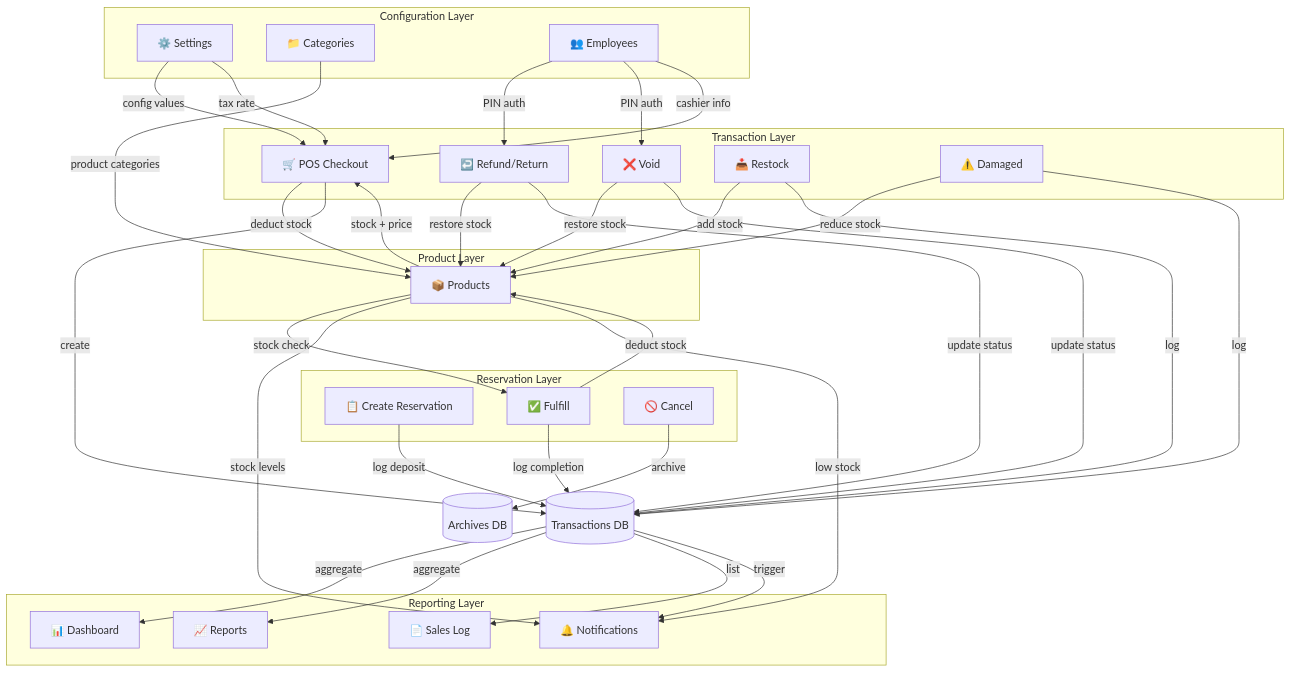
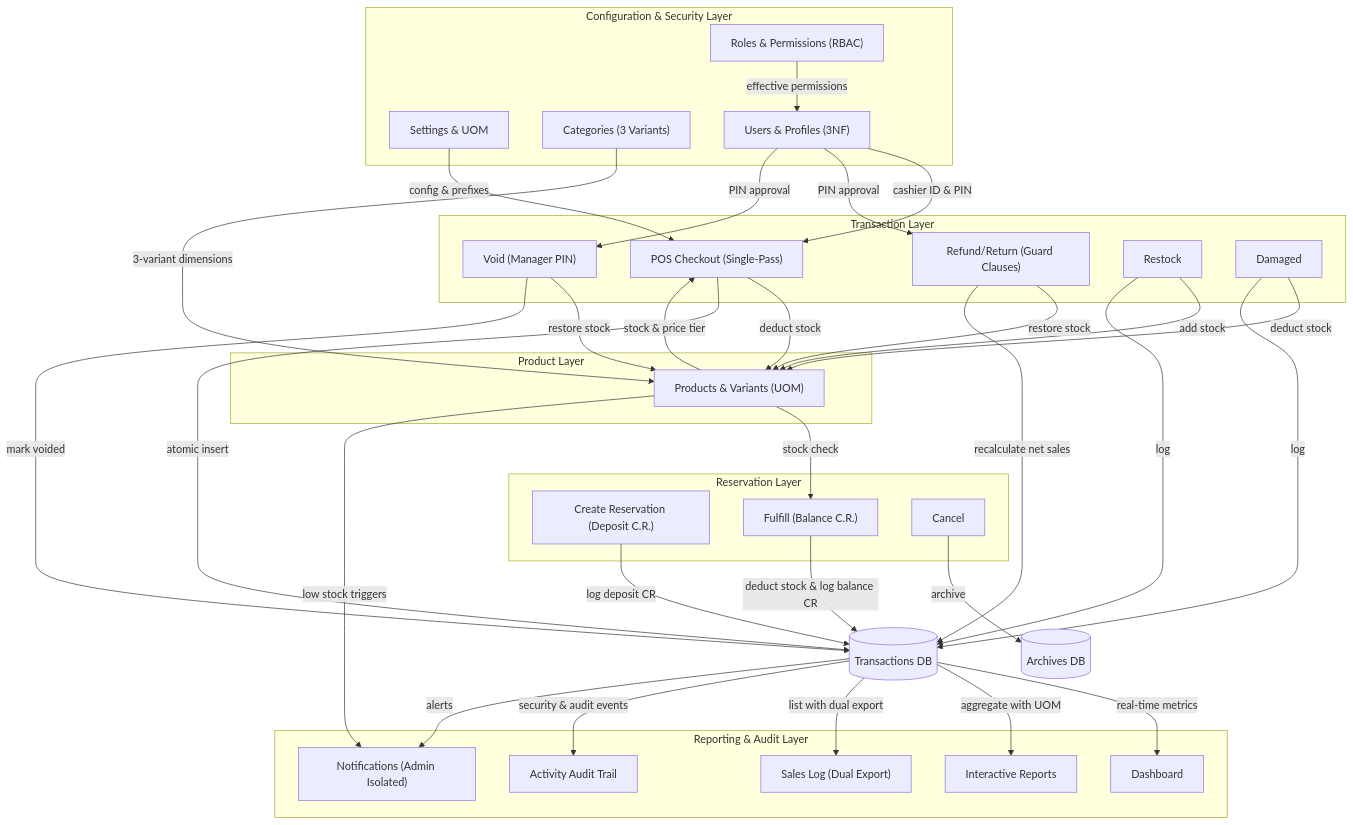
Before and after one commit to martinitokristan-dev/ZTG-POS-With-Smart-Inventory: the tenth of 13 diagrams in docs/SystemLogicFlows.md, drawn with Mermaid. The commit also changed other lines of this file and 7 other files, not shown here.

````diff
--- a/docs/SystemLogicFlows.md
+++ b/docs/SystemLogicFlows.md
@@ -1563,66 +1572,67 @@
 ```mermaid
 flowchart TB
-    subgraph "Configuration Layer"
-        SETTINGS["⚙️ Settings"]
-        CATEGORIES["📁 Categories"]
-        EMPLOYEES["👥 Employees"]
+    subgraph "Configuration & Security Layer"
+        SETTINGS["Settings & UOM"]
+        CATEGORIES["Categories (3 Variants)"]
+        ROLES_SEC["Roles & Permissions (RBAC)"]
+        EMPLOYEES["Users & Profiles (3NF)"]
     end
 
     subgraph "Product Layer"
-        PRODUCTS["📦 Products"]
+        PRODUCTS["Products & Variants (UOM)"]
     end
 
     subgraph "Transaction Layer"
-        POS["🛒 POS Checkout"]
-        REFUND["↩️ Refund/Return"]
-        VOID_OP["❌ Void"]
-        RESTOCK["📥 Restock"]
-        DAMAGED["⚠️ Damaged"]
+        POS["POS Checkout (Single-Pass)"]
+        REFUND["Refund/Return (Guard Clauses)"]
+        VOID_OP["Void (Manager PIN)"]
+        RESTOCK["Restock"]
+        DAMAGED["Damaged"]
     end
 
     subgraph "Reservation Layer"
-        RES_CREATE["📋 Create Reservation"]
-        RES_FULFILL["✅ Fulfill"]
-        RES_CANCEL["🚫 Cancel"]
+        RES_CREATE["Create Reservation (Deposit C.R.)"]
+        RES_FULFILL["Fulfill (Balance C.R.)"]
+        RES_CANCEL["Cancel"]
     end
 
-    subgraph "Reporting Layer"
-        DASHBOARD["📊 Dashboard"]
-        REPORTS["📈 Reports"]
-        SALESLOG["📄 Sales Log"]
-        NOTIF["🔔 Notifications"]
+    subgraph "Reporting & Audit Layer"
+        DASHBOARD["Dashboard"]
+        REPORTS["Interactive Reports"]
+        SALESLOG["Sales Log (Dual Export)"]
+        AUDIT_TRAIL["Activity Audit Trail"]
+        NOTIF["Notifications (Admin Isolated)"]
     end
 
-    SETTINGS -->|config values| POS
-    SETTINGS -->|tax rate| POS
-    CATEGORIES -->|product categories| PRODUCTS
-    EMPLOYEES -->|PIN auth| REFUND
-    EMPLOYEES -->|PIN auth| VOID_OP
-    EMPLOYEES -->|cashier info| POS
+    SETTINGS -->|config & prefixes| POS
+    CATEGORIES -->|3-variant dimensions| PRODUCTS
+    ROLES_SEC -->|effective permissions| EMPLOYEES
+    EMPLOYEES -->|cashier ID & PIN| POS
+    EMPLOYEES -->|PIN approval| REFUND
+    EMPLOYEES -->|PIN approval| VOID_OP
 
-    PRODUCTS -->|stock + price| POS
+    PRODUCTS -->|stock & price tier| POS
     PRODUCTS -->|stock check| RES_FULFILL
-    PRODUCTS -->|stock levels| NOTIF
+    PRODUCTS -->|low stock triggers| NOTIF
 
     POS -->|deduct stock| PRODUCTS
-    POS -->|create| TRANSACTIONS[(Transactions DB)]
+    POS -->|atomic insert| TRANSACTIONS[(Transactions DB)]
     REFUND -->|restore stock| PRODUCTS
-    REFUND -->|update status| TRANSACTIONS
+    REFUND -->|recalculate net sales| TRANSACTIONS
     VOID_OP -->|restore stock| PRODUCTS
-    VOID_OP -->|update status| TRANSACTIONS
+    VOID_OP -->|mark voided| TRANSACTIONS
     RESTOCK -->|add stock| PRODUCTS
     RESTOCK -->|log| TRANSACTIONS
-    DAMAGED -->|reduce stock| PRODUCTS
+    DAMAGED -->|deduct stock| PRODUCTS
     DAMAGED -->|log| TRANSACTIONS
 
-    RES_CREATE -->|log deposit| TRANSACTIONS
-    RES_FULFILL -->|deduct stock| PRODUCTS
-    RES_FULFILL -->|log completion| TRANSACTIONS
+    RES_CREATE -->|log deposit CR| TRANSACTIONS
+    RES_FULFILL -->|deduct stock & log balance CR| TRANSACTIONS
     RES_CANCEL -->|archive| ARCHIVES[(Archives DB)]
 
-    TRANSACTIONS -->|aggregate| DASHBOARD
-    TRANSACTIONS -->|aggregate| REPORTS
-    TRANSACTIONS -->|list| SALESLOG
-    TRANSACTIONS -->|trigger| NOTIF
-    PRODUCTS -->|low stock| NOTIF
+    TRANSACTIONS -->|real-time metrics| DASHBOARD
+    TRANSACTIONS -->|aggregate with UOM| REPORTS
+    TRANSACTIONS -->|list with dual export| SALESLOG
+    TRANSACTIONS -->|security & audit events| AUDIT_TRAIL
+    TRANSACTIONS -->|alerts| NOTIF
 ```
````
